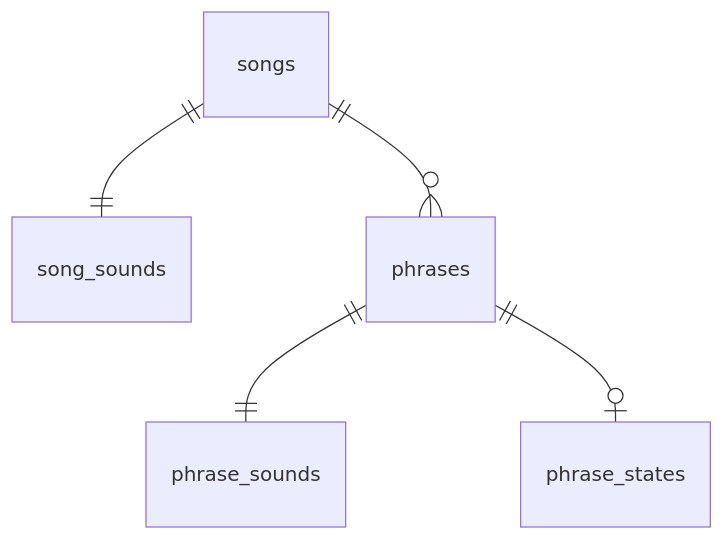
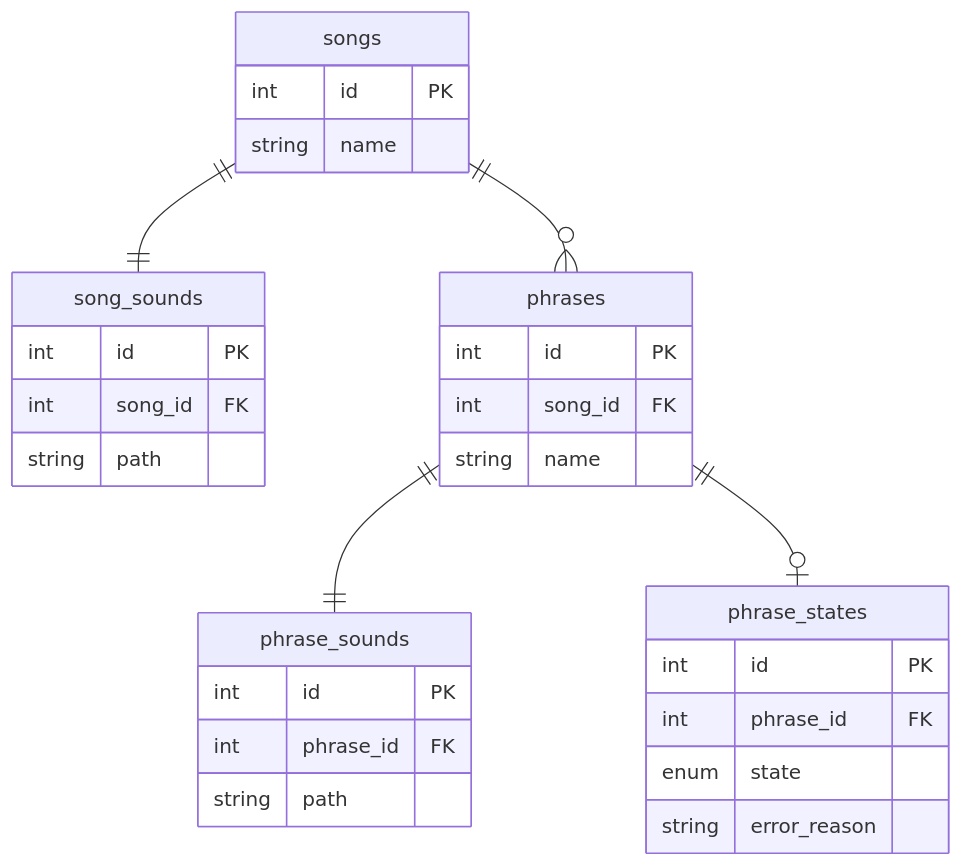
The diagram in docs/designs/erd.md (yuya-okada527/re-music), drawn with Mermaid before and after one commit.

Commit message:
add erd diagram

````diff
--- a/docs/designs/erd.md
+++ b/docs/designs/erd.md
@@ -5,8 +5,38 @@
 ```mermaid
 erDiagram
 
 songs ||--|| song_sounds: ""
 songs ||--o{ phrases: ""
 phrases ||--|| phrase_sounds: ""
 phrases ||--o| phrase_states: ""
+
+songs {
+  int id PK
+  string name
+}
+
+song_sounds {
+  int id PK
+  int song_id FK
+  string path
+}
+
+phrases {
+  int id PK
+  int song_id FK
+  string name
+}
+
+phrase_sounds {
+  int id PK
+  int phrase_id FK
+  string path
+}
+
+phrase_states {
+  int id PK
+  int phrase_id FK
+  enum state
+  string error_reason
+}
 ```
````
